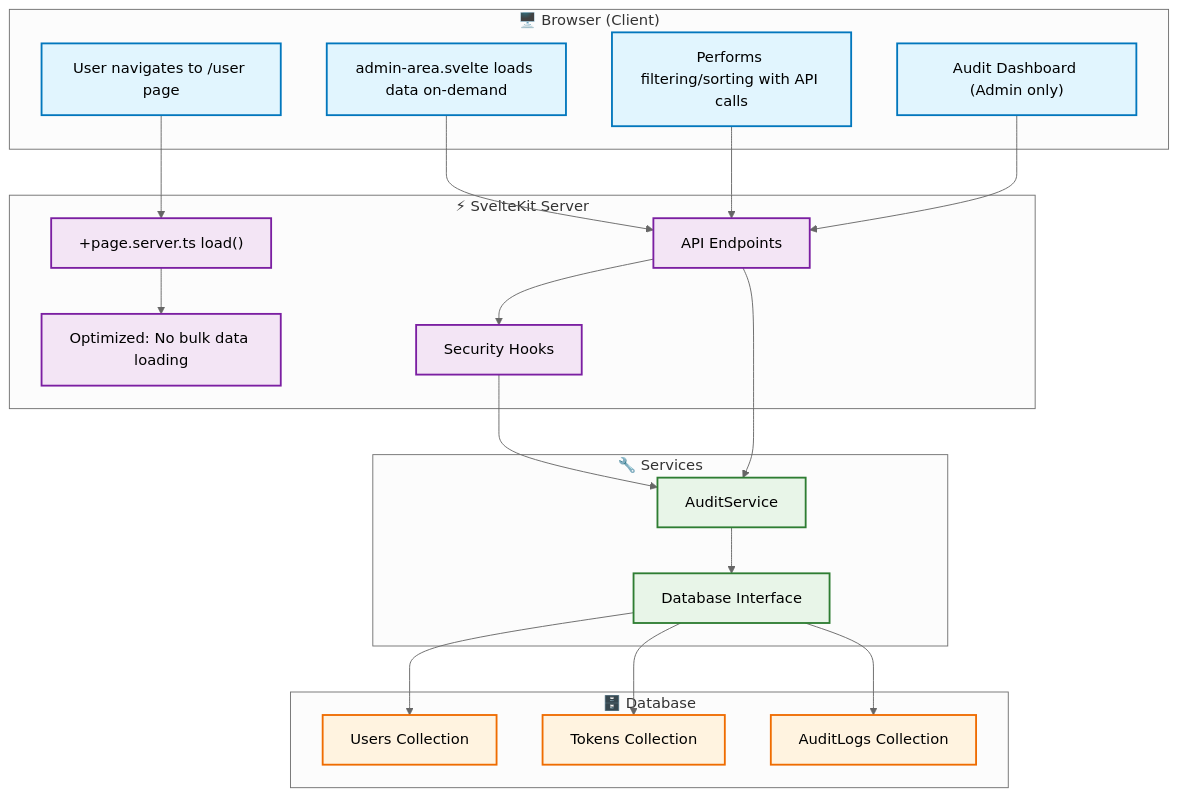
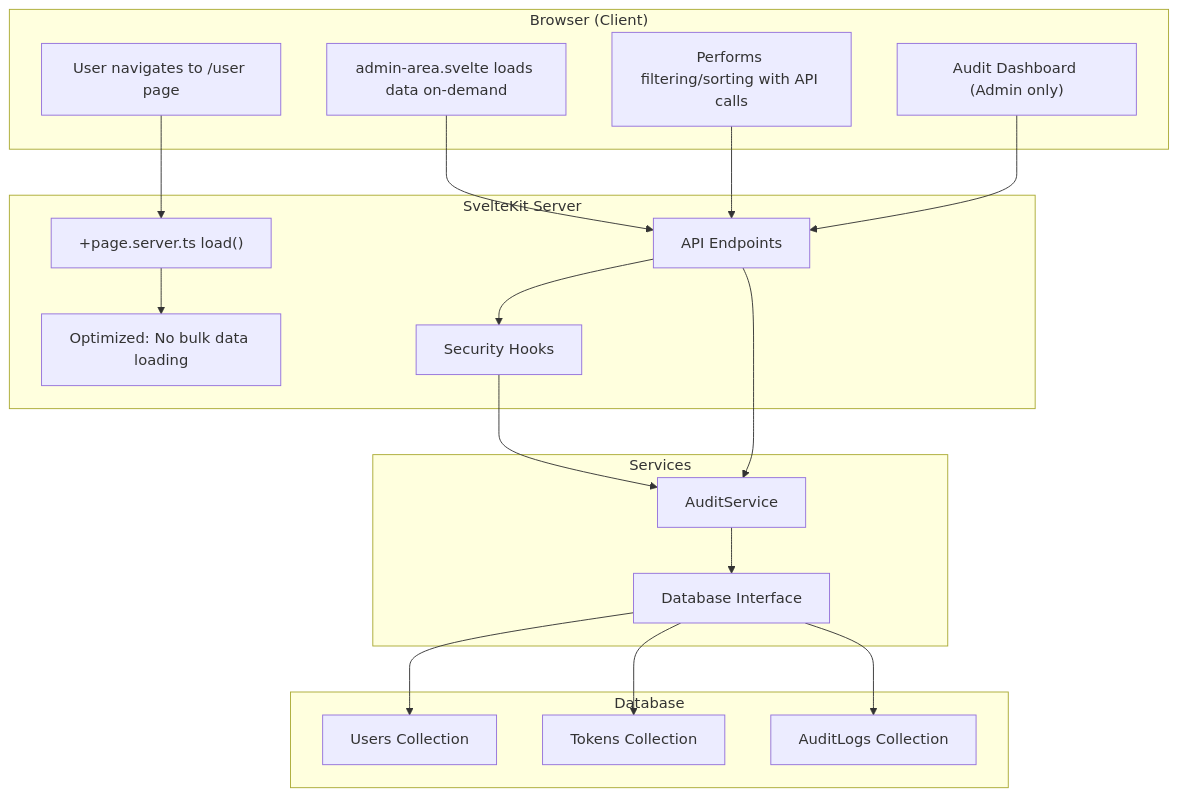
Before and after one commit to SveltyCMS/SveltyCMS: the diagram in docs/architecture/user-management-overview.mdx, drawn with Mermaid. The commit also changed other lines of this file and 91 other files, not shown here.

````diff
--- a/docs/architecture/user-management-overview.mdx
+++ b/docs/architecture/user-management-overview.mdx
@@ -129,63 +128,40 @@
 ```mermaid
-%%{ init: { 'theme': 'neutral' } }%%
 graph TD
-    subgraph Browser["🖥️ Browser (Client)"]
+    subgraph Browser["Browser (Client)"]
         A["User navigates to /user page"]
         D["admin-area.svelte loads data on-demand"]
         E["Performs filtering/sorting with API calls"]
         F["Audit Dashboard (Admin only)"]
     end
 
-    subgraph Server["⚡ SvelteKit Server"]
+    subgraph Server["SvelteKit Server"]
         B["+page.server.ts load()"]
         C["Optimized: No bulk data loading"]
         H["API Endpoints"]
         I["Security Hooks"]
     end
 
-    subgraph Services["🔧 Services"]
+    subgraph Services["Services"]
         J["AuditService"]
         K["Database Interface"]
     end
 
-    subgraph Database["🗄️ Database"]
+    subgraph Database["Database"]
         L[Users Collection]
         M[Tokens Collection]
         N[AuditLogs Collection]
     end
 
-    %% Navigation flow
     A --> B
     B --> C
-
-    %% Admin area data loading
     D --> H
     E --> H
-
-    %% Audit dashboard access
     F --> H
-
-    %% Security and audit flow
     H --> I
     I --> J
-
-    %% Database operations
     J --> K
     K --> L
     K --> M
     K --> N
-
-    %% Additional audit logging
     H --> J
-
-    %% Styling
-    classDef browserStyle fill:#e1f5fe,stroke:#0277bd,stroke-width:2px
-    classDef serverStyle fill:#f3e5f5,stroke:#7b1fa2,stroke-width:2px
-    classDef serviceStyle fill:#e8f5e8,stroke:#2e7d32,stroke-width:2px
-    classDef dbStyle fill:#fff3e0,stroke:#ef6c00,stroke-width:2px
-
-    class A,D,E,F browserStyle
-    class B,C,H,I serverStyle
-    class J,K serviceStyle
-    class L,M,N dbStyle
 ```
````
